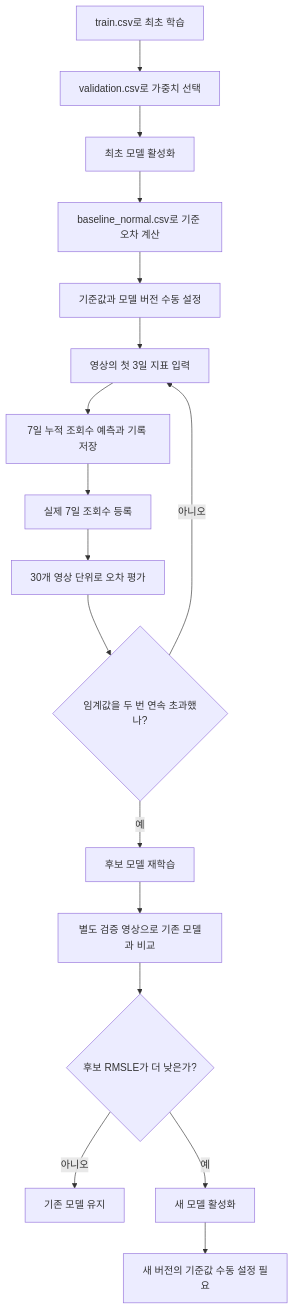
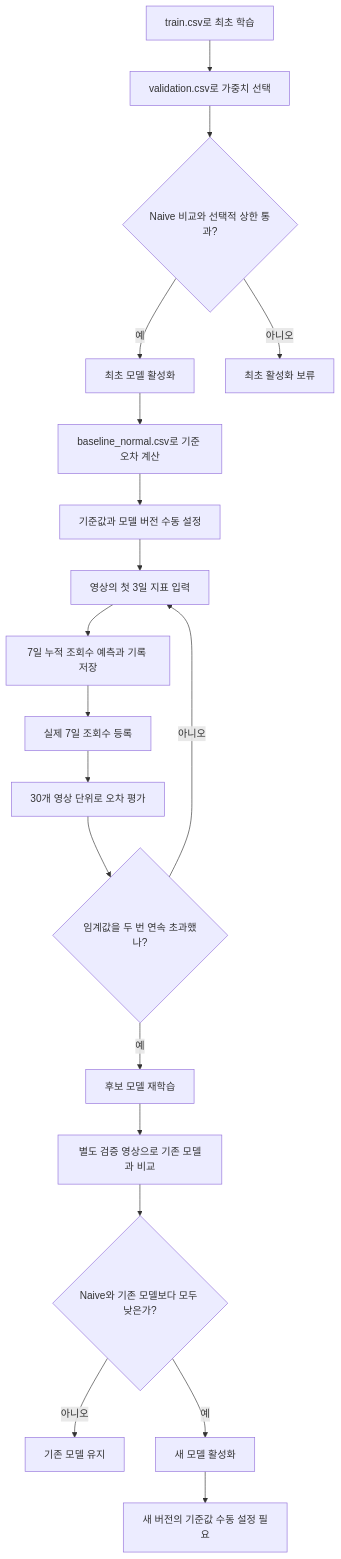
One commit to bmh7190/SKALA-MLOps-ViewPilot changed the diagram in docs/ViewPilot_구현상세.md. Above: the diagram before and after it, drawn with Mermaid. The commit also changed other lines of this file and 9 other files, not shown here.

````diff
--- a/docs/ViewPilot_구현상세.md
+++ b/docs/ViewPilot_구현상세.md
@@ -17,19 +17,21 @@
 ```mermaid
 flowchart TD
     A[train.csv로 최초 학습] --> B[validation.csv로 가중치 선택]
-    B --> C[최초 모델 활성화]
+    B --> B1{Naive 비교와 선택적 상한 통과?}
+    B1 -->|예| C[최초 모델 활성화]
+    B1 -->|아니오| B2[최초 활성화 보류]
     C --> D[baseline_normal.csv로 기준 오차 계산]
     D --> E[기준값과 모델 버전 수동 설정]
     E --> F[영상의 첫 3일 지표 입력]
     F --> G[7일 누적 조회수 예측과 기록 저장]
     G --> H[실제 7일 조회수 등록]
     H --> I[30개 영상 단위로 오차 평가]
     I --> J{임계값을 두 번 연속 초과했나?}
     J -->|아니오| F
     J -->|예| K[후보 모델 재학습]
     K --> L[별도 검증 영상으로 기존 모델과 비교]
-    L --> M{후보 RMSLE가 더 낮은가?}
+    L --> M{Naive와 기존 모델보다 모두 낮은가?}
     M -->|아니오| N[기존 모델 유지]
     M -->|예| O[새 모델 활성화]
     O --> P[새 버전의 기준값 수동 설정 필요]
 ```
````
